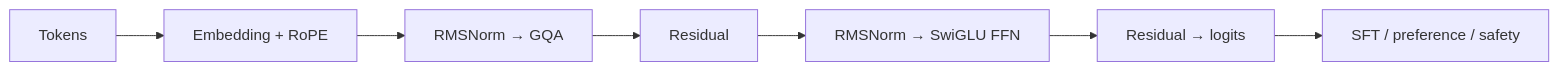
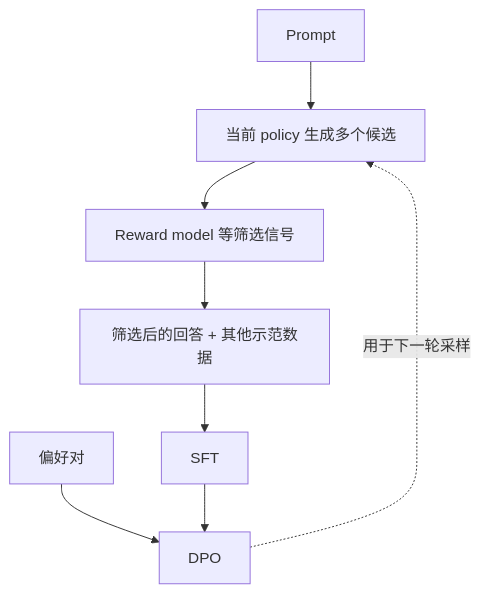
The second of 2 diagrams in 00-foundations/model-families/llama.md (tianyi-zhang-02/cooking-agi), drawn with Mermaid before and after one commit. The commit also changed other lines of this file and 457 other files, not shown here.

````diff
--- a/00-foundations/model-families/llama.md
+++ b/00-foundations/model-families/llama.md
@@ -22,9 +122,10 @@
 ```mermaid
-flowchart LR
-    A["Tokens"] --> B["Embedding + RoPE"]
-    B --> C["RMSNorm → GQA"]
-    C --> D["Residual"]
-    D --> E["RMSNorm → SwiGLU FFN"]
-    E --> F["Residual → logits"]
-    F --> G["SFT / preference / safety"]
+flowchart TD
+    P["Prompt"] --> C["当前 policy 生成多个候选"]
+    C --> R["Reward model 等筛选信号"]
+    R --> D["筛选后的回答 + 其他示范数据"]
+    D --> S["SFT"]
+    H["偏好对"] --> O["DPO"]
+    S --> O
+    O -. 用于下一轮采样 .-> C
 ```
````
